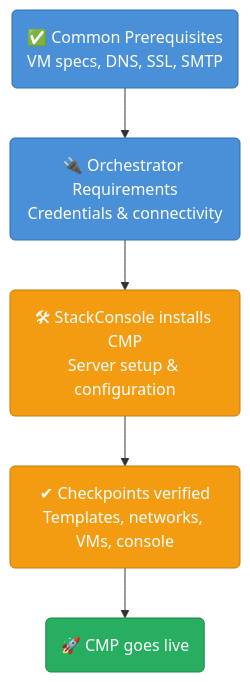
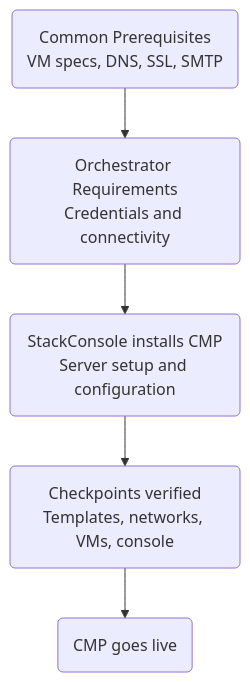
Before and after one commit to satish-londhe/admin-docs: the diagram in docs/installation/orchestrator-requirements/index.md, drawn with Mermaid. The commit also changed other lines of this file and 12 other files, not shown here.

````diff
--- a/docs/installation/orchestrator-requirements/index.md
+++ b/docs/installation/orchestrator-requirements/index.md
@@ -36,13 +35,7 @@
 ```mermaid
 flowchart TD
-    A("✅ Common Prerequisites\nVM specs, DNS, SSL, SMTP") --> B("🔌 Orchestrator Requirements\nCredentials & connectivity")
-    B --> C("🛠 StackConsole installs CMP\nServer setup & configuration")
-    C --> D("✔ Checkpoints verified\nTemplates, networks, VMs, console")
-    D --> E("🚀 CMP goes live")
-
-    style A fill:#4A90D9,color:#fff,stroke:#2c6fad
-    style B fill:#4A90D9,color:#fff,stroke:#2c6fad
-    style C fill:#f39c12,color:#fff,stroke:#c07d0a
-    style D fill:#f39c12,color:#fff,stroke:#c07d0a
-    style E fill:#27ae60,color:#fff,stroke:#1e8449
+    A("Common Prerequisites\nVM specs, DNS, SSL, SMTP") --> B("Orchestrator Requirements\nCredentials and connectivity")
+    B --> C("StackConsole installs CMP\nServer setup and configuration")
+    C --> D("Checkpoints verified\nTemplates, networks, VMs, console")
+    D --> E("CMP goes live")
 ```
````
